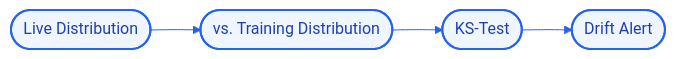
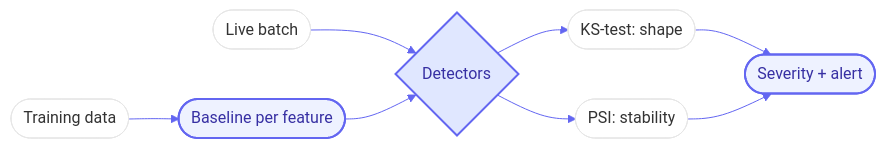
Before and after one commit to Kimosabey/driftwatch-pro: the diagram in README.md, drawn with Mermaid. The commit also changed other lines of this file and 11 other files, not shown here.

Commit message:
feat: implement statistical data-drift detection (two-sample KS-test + PSI, per-feature baselines, adaptive binning, severity grading) with HTTP API, tests, and docker

````diff
--- a/README.md
+++ b/README.md
@@ -32,15 +72,14 @@
 ```mermaid
-%%{init: {'theme':'base','themeVariables':{'primaryColor':'#ffffff','lineColor':'#2563eb','mainBkg':'#ffffff'}}}%%
+%%{init: {'theme':'base','themeVariables':{'primaryColor':'#ffffff','lineColor':'#6366F1','mainBkg':'#ffffff'}}}%%
 graph LR
-    A([Live Distribution])
-    B([vs. Training Distribution])
-    C([KS-Test])
-    D([Drift Alert])
-    A --> B
-    B --> C
-    C --> D
-    style A fill:#eff6ff,stroke:#2563eb,stroke-width:2px,color:#1e40af
-    style B fill:#eff6ff,stroke:#2563eb,stroke-width:2px,color:#1e40af
-    style C fill:#eff6ff,stroke:#2563eb,stroke-width:2px,color:#1e40af
-    style D fill:#eff6ff,stroke:#2563eb,stroke-width:2px,color:#1e40af
+    A([Training data]) --> B([Baseline per feature])
+    C([Live batch]) --> D{Detectors}
+    B --> D
+    D --> E([KS-test: shape])
+    D --> F([PSI: stability])
+    E --> G([Severity + alert])
+    F --> G
+    style B fill:#eef2ff,stroke:#6366F1,stroke-width:2px,color:#3730a3
+    style D fill:#e0e7ff,stroke:#6366F1,stroke-width:2px,color:#3730a3
+    style G fill:#eef2ff,stroke:#6366F1,stroke-width:2px,color:#3730a3
 ```
````
